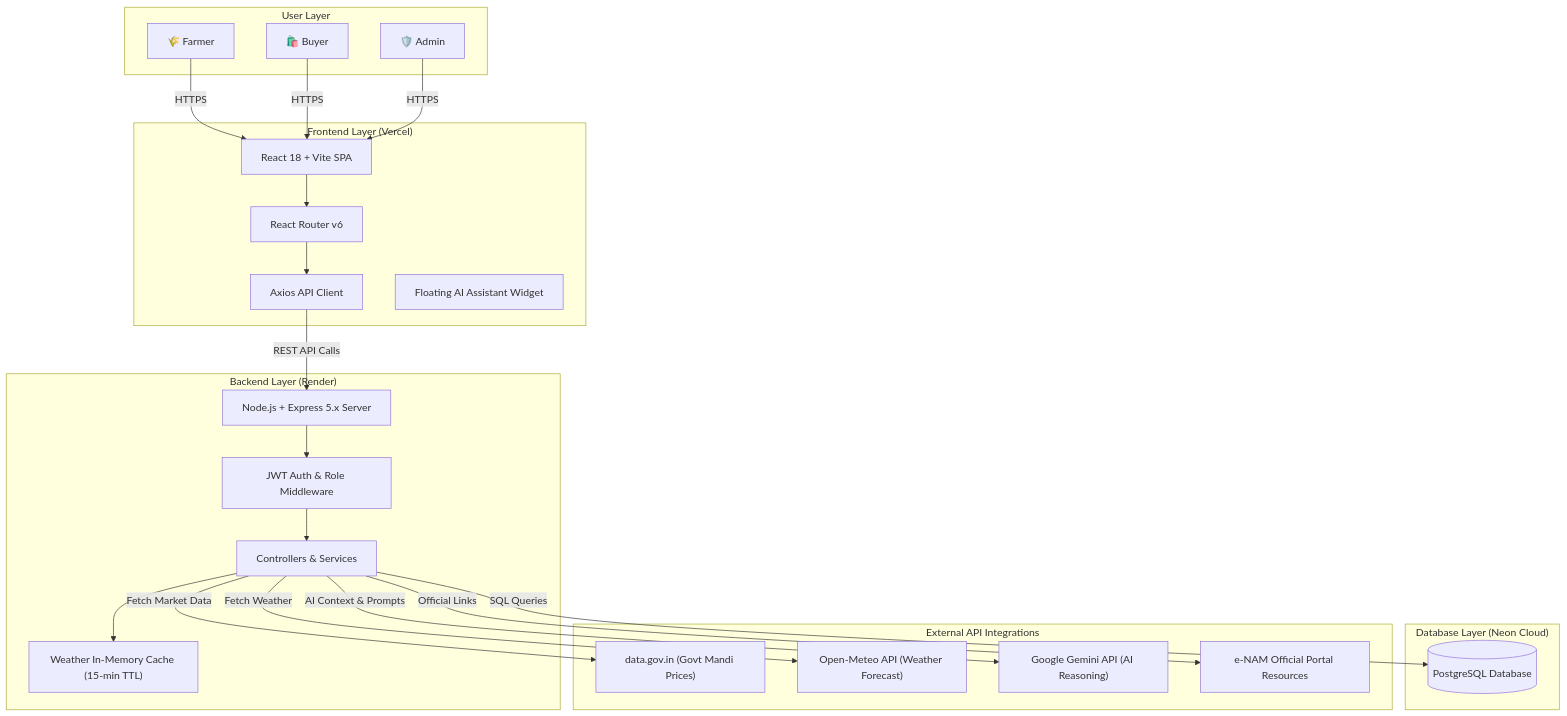
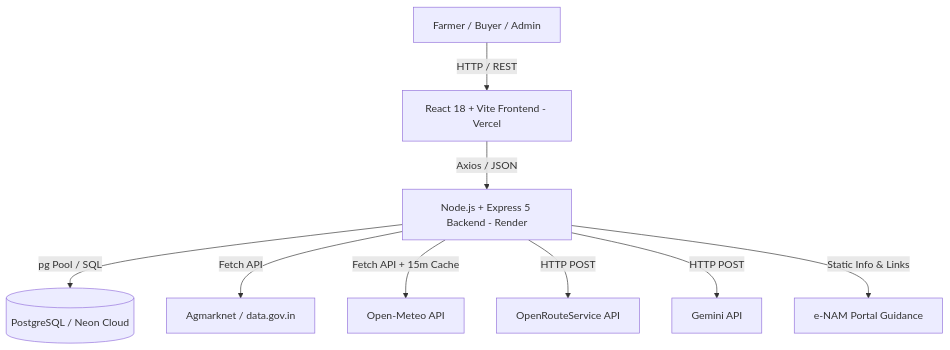
Before and after one commit to sujitkr268/FarmOs: the diagram in README.md, drawn with Mermaid. The commit also changed other lines of this file and 5 other files, not shown here.

````diff
--- a/README.md
+++ b/README.md
@@ -172,44 +273,22 @@
 ```mermaid
 flowchart TD
-    subgraph UserLayer ["User Layer"]
-        U1["🌾 Farmer"]
-        U2["🛍️ Buyer"]
-        U3["🛡️ Admin"]
-    end
+    Farmer[Farmer / Buyer / Admin]
+    Frontend[React 18 + Vite Frontend - Vercel]
+    Backend[Node.js + Express 5 Backend - Render]
+    DB[(PostgreSQL / Neon Cloud)]
 
-    subgraph FrontendLayer ["Frontend Layer (Vercel)"]
-        F1["React 18 + Vite SPA"]
-        F2["React Router v6"]
-        F3["Axios API Client"]
-        F4["Floating AI Assistant Widget"]
-    end
+    Market[Agmarknet / data.gov.in]
+    Weather[Open-Meteo API]
+    Routing[OpenRouteService API]
+    AI[Gemini API]
+    ENAM[e-NAM Portal Guidance]
 
-    subgraph BackendLayer ["Backend Layer (Render)"]
-        B1["Node.js + Express 5.x Server"]
-        B2["JWT Auth & Role Middleware"]
-        B3["Controllers & Services"]
-        B4["Weather In-Memory Cache (15-min TTL)"]
-    end
-
-    subgraph DatabaseLayer ["Database Layer (Neon Cloud)"]
-        D1[("PostgreSQL Database")]
-    end
-
-    subgraph ExternalServices ["External API Integrations"]
-        E1["data.gov.in (Govt Mandi Prices)"]
-        E2["Open-Meteo API (Weather Forecast)"]
-        E3["Google Gemini API (AI Reasoning)"]
-        E4["e-NAM Official Portal Resources"]
-    end
-
-    U1 & U2 & U3 -->|HTTPS| F1
-    F1 --> F2 --> F3
-    F3 -->|REST API Calls| B1
-    B1 --> B2 --> B3
-    B3 -->|SQL Queries| D1
-    B3 --> B4
-    B3 -->|Fetch Market Data| E1
-    B3 -->|Fetch Weather| E2
-    B3 -->|AI Context & Prompts| E3
-    B3 -->|Official Links| E4
+    Farmer -->|HTTP / REST| Frontend
+    Frontend -->|Axios / JSON| Backend
+    Backend -->|pg Pool / SQL| DB
+    Backend -->|Fetch API| Market
+    Backend -->|Fetch API + 15m Cache| Weather
+    Backend -->|HTTP POST| Routing
+    Backend -->|HTTP POST| AI
+    Backend -->|Static Info & Links| ENAM
 ```
````
